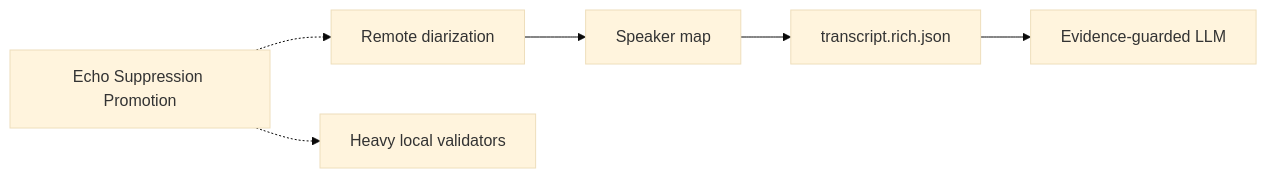
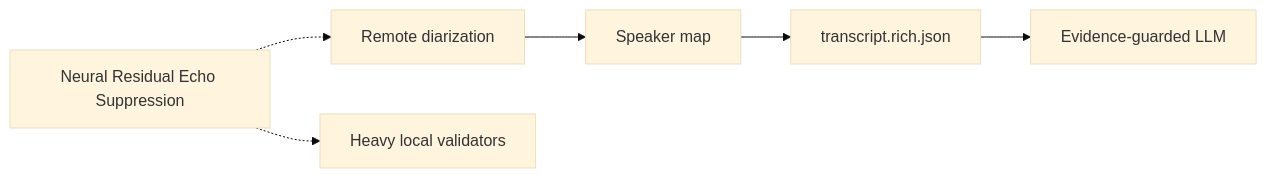
One commit to asukhodko/murmurmark changed the third of 4 diagrams in docs/roadmap/murmurmark-cli-roadmap.md. Above: the diagram before and after it, drawn with Mermaid (base theme). The commit also changed other lines of this file and 25 other files, not shown here.

Commit message:
feat: add timeline-correct echo promotion gate

````diff
--- a/docs/roadmap/murmurmark-cli-roadmap.md
+++ b/docs/roadmap/murmurmark-cli-roadmap.md
@@ -133,12 +145,12 @@
 ```mermaid
 flowchart LR
-    Q["Echo Suppression Promotion"]
+    Q["Neural Residual Echo Suppression"]
     D["Remote diarization"]
     S["Speaker map"]
     T["transcript.rich.json"]
     V["Heavy local validators"]
     L["Evidence-guarded LLM"]
 
     Q -.-> D --> S --> T --> L
     Q -.-> V
 ```
````
